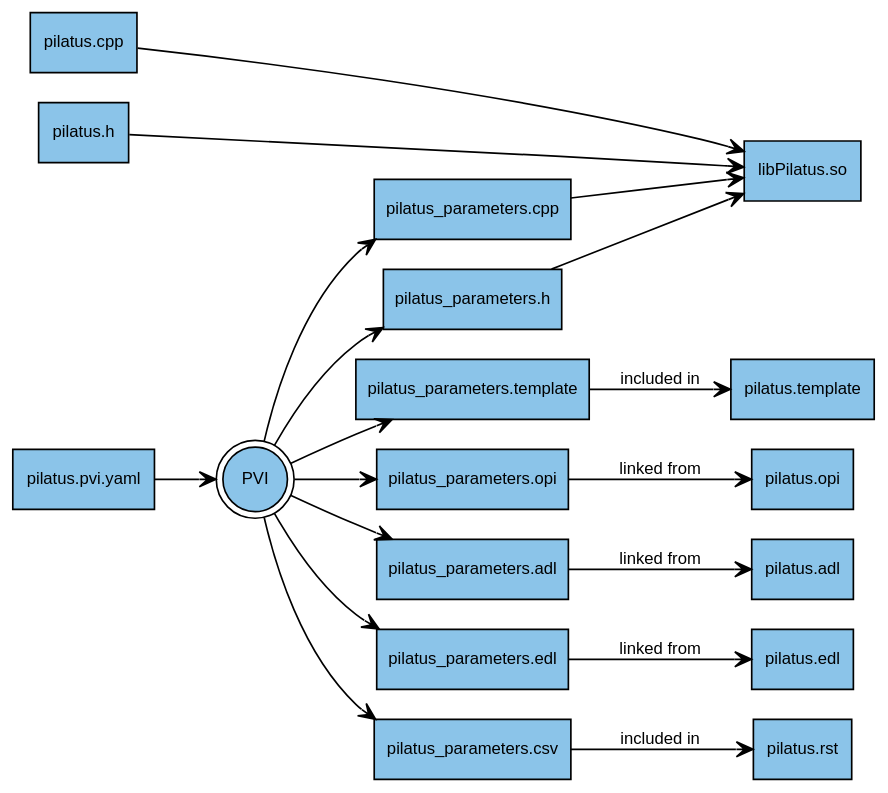
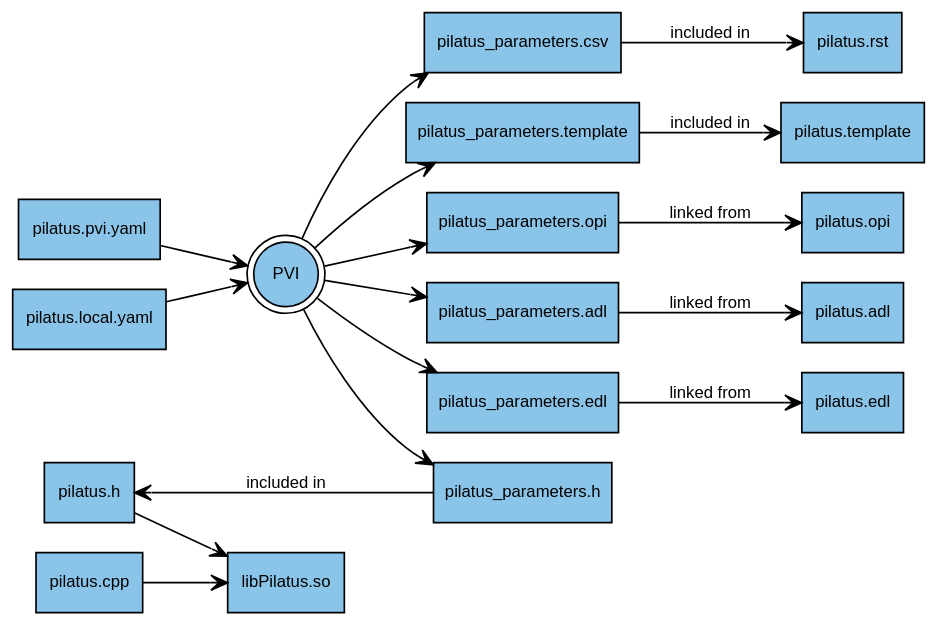
Before and after one commit to epics-containers/pvi: the first of 2 diagrams in docs/index.rst, drawn with Graphviz. The commit also changed other lines of this file and 3 other files, not shown here.

```diff
--- a/docs/index.rst
+++ b/docs/index.rst
@@ -19,31 +19,30 @@
 .. digraph:: pvi_flowchart
 
     bgcolor=transparent
     rankdir=LR
     node [fontname=Arial fontsize=10 shape=box style=filled fillcolor="#8BC4E9"]
     edge [fontname=Arial fontsize=10 arrowhead=vee]
 
     {   rank=same;
         "pilatus.pvi.yaml"
         "pilatus.cpp"
         "pilatus.h"
     }
 
     PVI [shape=doublecircle]
+    "pilatus.local.yaml" -> PVI
     "pilatus.pvi.yaml" -> PVI
-    PVI -> "pilatus_parameters.cpp"
     PVI -> "pilatus_parameters.h"
     PVI -> "pilatus_parameters.template"
     PVI -> "pilatus_parameters.opi"
     PVI -> "pilatus_parameters.adl"
     PVI -> "pilatus_parameters.edl"
     PVI -> "pilatus_parameters.csv"
     "pilatus_parameters.template" -> "pilatus.template" [label="included in"]
-    "pilatus_parameters.cpp" -> "libPilatus.so"
-    "pilatus_parameters.h" -> "libPilatus.so"
+    "pilatus_parameters.h" -> "pilatus.h" [label="included in"]
     "pilatus.cpp" -> "libPilatus.so"
     "pilatus.h" -> "libPilatus.so"
     "pilatus_parameters.csv" -> "pilatus.rst" [label="included in"]
     "pilatus_parameters.adl" -> "pilatus.adl" [label="linked from"]
     "pilatus_parameters.edl" -> "pilatus.edl" [label="linked from"]
     "pilatus_parameters.opi" -> "pilatus.opi" [label="linked from"]
```
